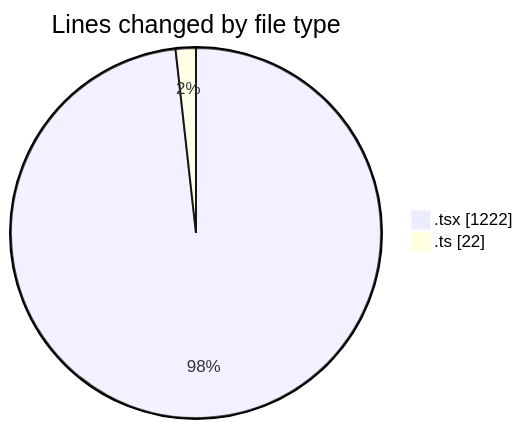
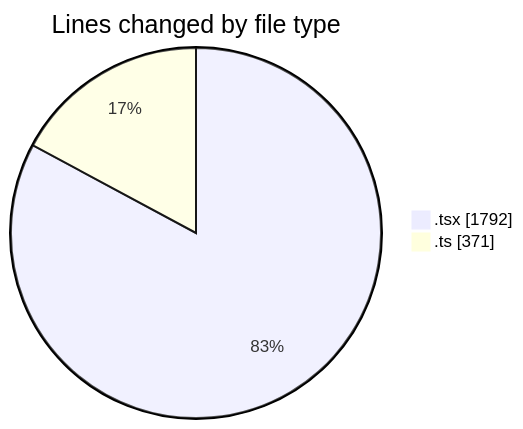
Before and after one commit to nxtqubesakshisongat/code-tracking: the first of 2 diagrams in 2026-03-06/nxtqube_webapp/README.md, drawn with Mermaid. The commit also changed other lines of this file and 1 other file, not shown here.

````diff
--- a/2026-03-06/nxtqube_webapp/README.md
+++ b/2026-03-06/nxtqube_webapp/README.md
@@ -22,6 +24,6 @@
 ```mermaid
 pie showData
 title Lines changed by file type
-".tsx" : 1222
-".ts" : 22
+".tsx" : 1792
+".ts" : 371
 ```
````
